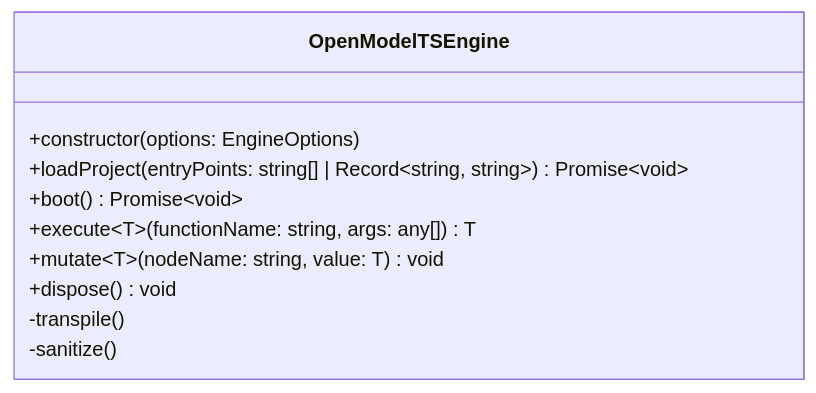
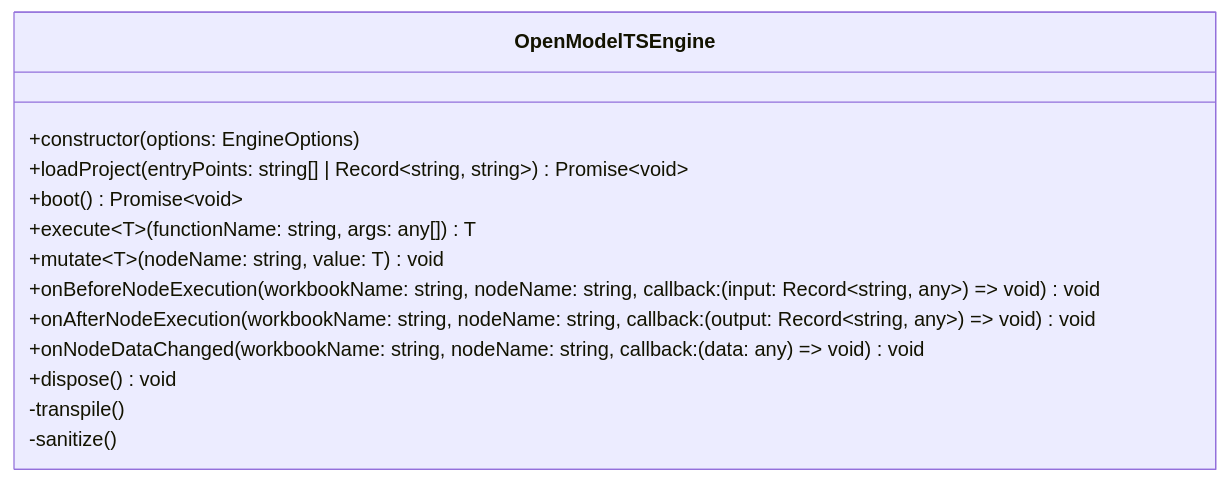
Before and after one commit to rimvydasb/open-modeler-bindings: the first of 4 diagrams in docs/SPEC_OPEN_MODEL_TS_ENGINE.md, drawn with Mermaid. The commit also changed other lines of this file and 1 other file, not shown here.

````diff
--- a/docs/SPEC_OPEN_MODEL_TS_ENGINE.md
+++ b/docs/SPEC_OPEN_MODEL_TS_ENGINE.md
@@ -23,13 +24,16 @@
 ```mermaid
 classDiagram
     class OpenModelTSEngine {
         +constructor(options: EngineOptions)
         +loadProject(entryPoints: string[] | Record~string, string~) Promise~void~
         +boot() Promise~void~
         +execute~T~(functionName: string, args: any[]) T
         +mutate~T~(nodeName: string, value: T) void
+        +onBeforeNodeExecution(workbookName: string, nodeName: string, callback: (input: Record~string, any~) => void) void
+        +onAfterNodeExecution(workbookName: string, nodeName: string, callback: (output: Record~string, any~) => void) void
+        +onNodeDataChanged(workbookName: string, nodeName: string, callback: (data: any) => void) void
         +dispose() void
         -transpile()
         -sanitize()
     }
 ```
````
